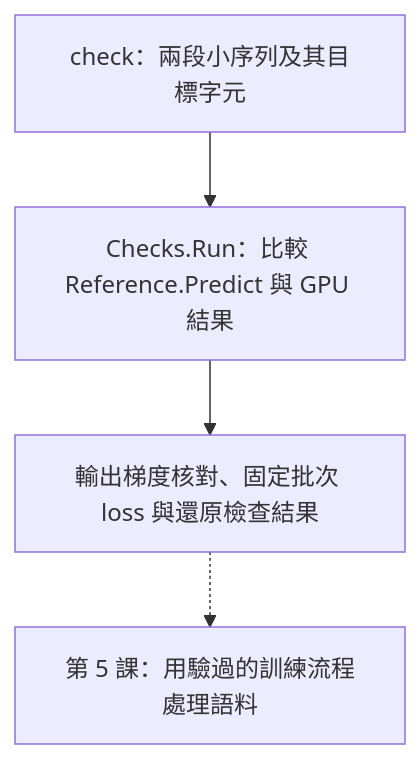
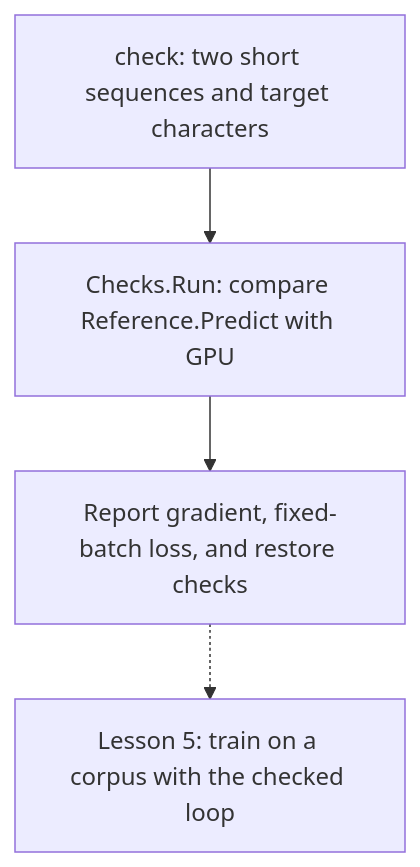
The third of 5 diagrams in lessons/my-gpt/README.md (tingwei628/my-gpt), drawn with Mermaid before and after one commit. The commit also changed other lines of this file and 12 other files, not shown here.

````diff
--- a/lessons/my-gpt/README.md
+++ b/lessons/my-gpt/README.md
@@ -57,6 +55,6 @@
 ```mermaid
 flowchart TD
-    A["check：兩段小序列及其目標字元"] --> B["Checks.Run：比較 Reference.Predict 與 GPU 結果"]
-    B --> C["輸出梯度核對、固定批次 loss 與還原檢查結果"]
-    C -.-> D["第 5 課：用驗過的訓練流程處理語料"]
+    A["check: two short sequences and target characters"] --> B["Checks.Run: compare Reference.Predict with GPU"]
+    B --> C["Report gradient, fixed-batch loss, and restore checks"]
+    C -.-> D["Lesson 5: train on a corpus with the checked loop"]
 ```
````
